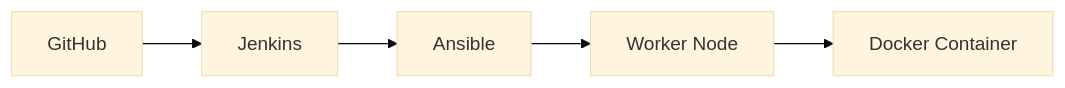
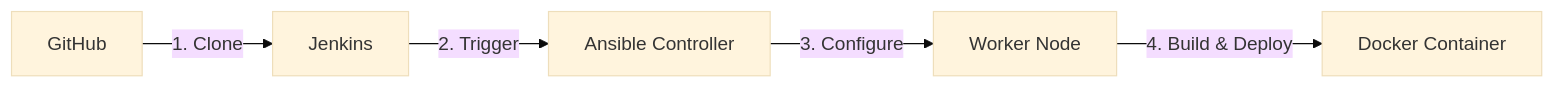
Before and after one commit to Adil61220/DevOps-Project: the first of 3 diagrams in README.md, drawn with Mermaid (base theme). The commit also changed other lines of this file, not shown here.

Commit message:
v3.55 Build with Docker on Worker

````diff
--- a/README.md
+++ b/README.md
@@ -7,7 +8,7 @@
 ```mermaid
 graph LR
-    A[GitHub] --> B[Jenkins]
-    B --> C[Ansible]
-    C --> D[Worker Node]
-    D --> E[Docker Container]
+    A[GitHub] -->|1. Clone| B[Jenkins]
+    B -->|2. Trigger| C[Ansible Controller]
+    C -->|3. Configure| D[Worker Node]
+    D -->|4. Build & Deploy| E[Docker Container]
 ```
````
